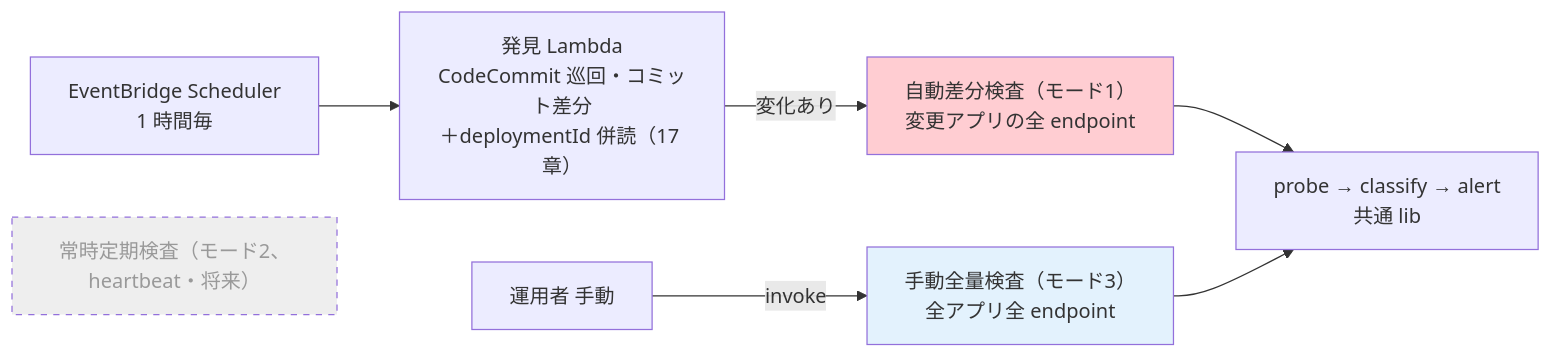
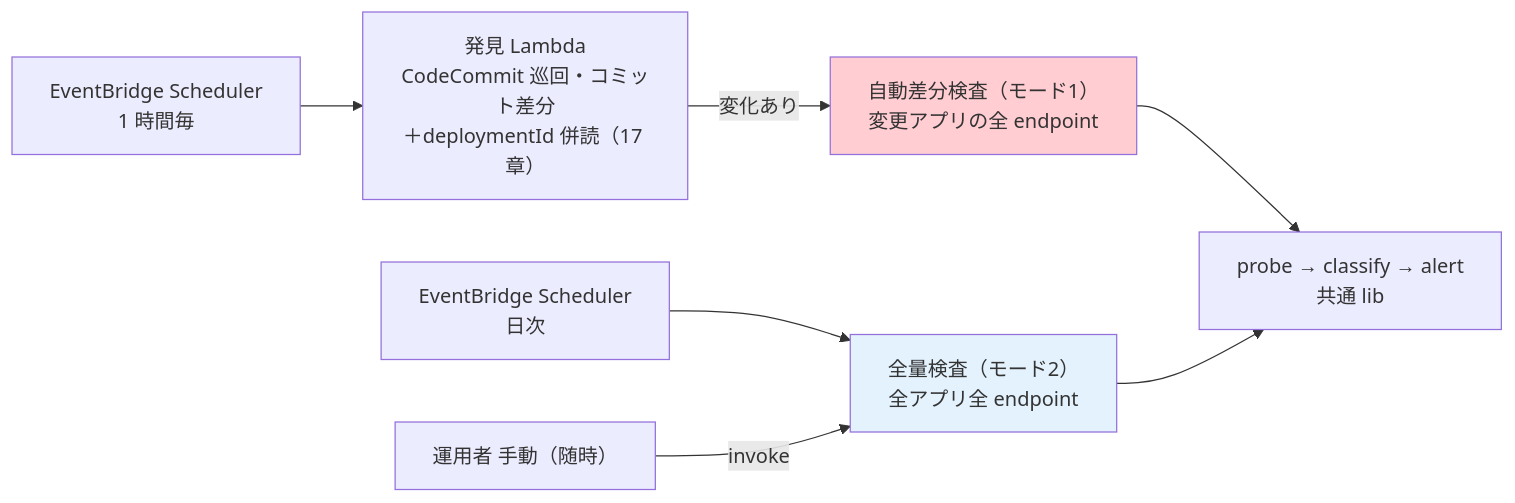
The first of 2 diagrams in doc/api-platform/basic-design/18-scan-modes-and-scheduling.md (suepie/aws-atuh-poc), drawn with Mermaid before and after one commit. The commit also changed other lines of this file and 14 other files, not shown here.

````diff
--- a/doc/api-platform/basic-design/18-scan-modes-and-scheduling.md
+++ b/doc/api-platform/basic-design/18-scan-modes-and-scheduling.md
@@ -30,11 +31,10 @@
 ```mermaid
 flowchart LR
     SCH["EventBridge Scheduler<br/>1 時間毎"] --> DISC["発見 Lambda<br/>CodeCommit 巡回・コミット差分<br/>＋deploymentId 併読（17 章）"]
     DISC -->|変化あり| MODE1["自動差分検査（モード1）<br/>変更アプリの全 endpoint"]
-    Manual[運用者 手動] -->|invoke| MODE3["手動全量検査（モード3）<br/>全アプリ全 endpoint"]
-    MODE2["常時定期検査（モード2、heartbeat・将来）"]:::future
-    MODE1 & MODE3 --> C[probe → classify → alert<br/>共通 lib]
-    classDef future fill:#eee,stroke-dasharray:5 5,color:#999
+    SCHF["EventBridge Scheduler<br/>日次"] --> MODE2["全量検査（モード2）<br/>全アプリ全 endpoint"]
+    Manual["運用者 手動（随時）"] -->|invoke| MODE2
+    MODE1 & MODE2 --> C[probe → classify → alert<br/>共通 lib]
     style MODE1 fill:#ffcdd2
-    style MODE3 fill:#e3f2fd
+    style MODE2 fill:#e3f2fd
 ```
````
